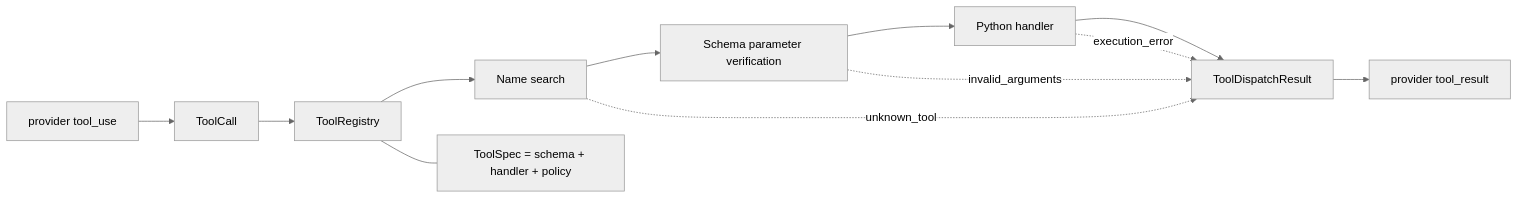
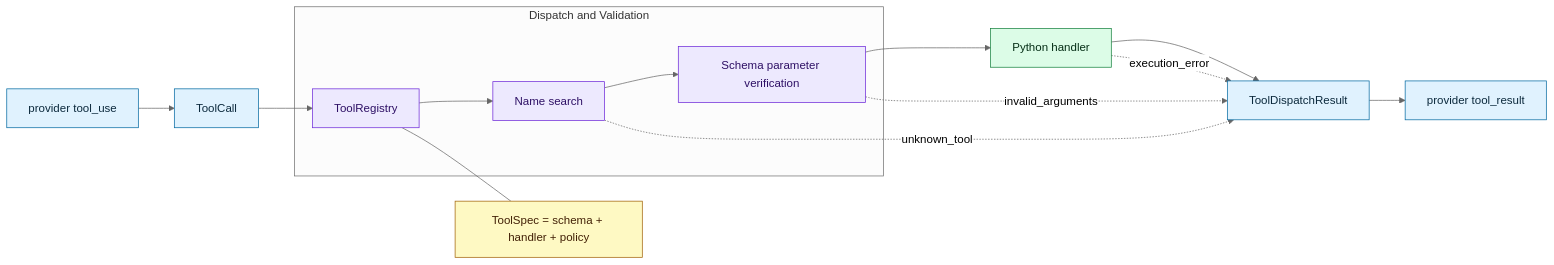
The diagram in s02_tool_dispatch/README.en.md (11XuX/learn-workbuddy), drawn with Mermaid (neutral theme) before and after one commit. The commit also changed 6 other files, not shown here.

First line of the commit message:
feat(docs): mermaid architecture restyle pilot for s01+s02

````diff
--- a/s02_tool_dispatch/README.en.md
+++ b/s02_tool_dispatch/README.en.md
@@ -13,14 +13,27 @@
 ```mermaid
 flowchart LR
     A["provider tool_use"] --> B["ToolCall"]
     B --> C["ToolRegistry"]
     C --> D["Name search"]
     D --> E["Schema parameter verification"]
     E --> F["Python handler"]
     F --> G["ToolDispatchResult"]
     D -. "unknown_tool" .-> G
     E -. "invalid_arguments" .-> G
     F -. "execution_error" .-> G
     G --> H["provider tool_result"]
     C --- S["ToolSpec = schema + handler + policy"]
+    subgraph dispatch["Dispatch and Validation"]
+        C
+        D
+        E
+    end
+    classDef io fill:#e0f2fe,stroke:#0369a1,color:#0c2a3d
+    classDef core fill:#ede9fe,stroke:#6d28d9,color:#2e1065
+    classDef tool fill:#dcfce7,stroke:#15803d,color:#052e16
+    classDef data fill:#fef9c3,stroke:#a16207,color:#422006
+    class A,B,G,H io
+    class C,D,E core
+    class F tool
+    class S data
 ```
````
